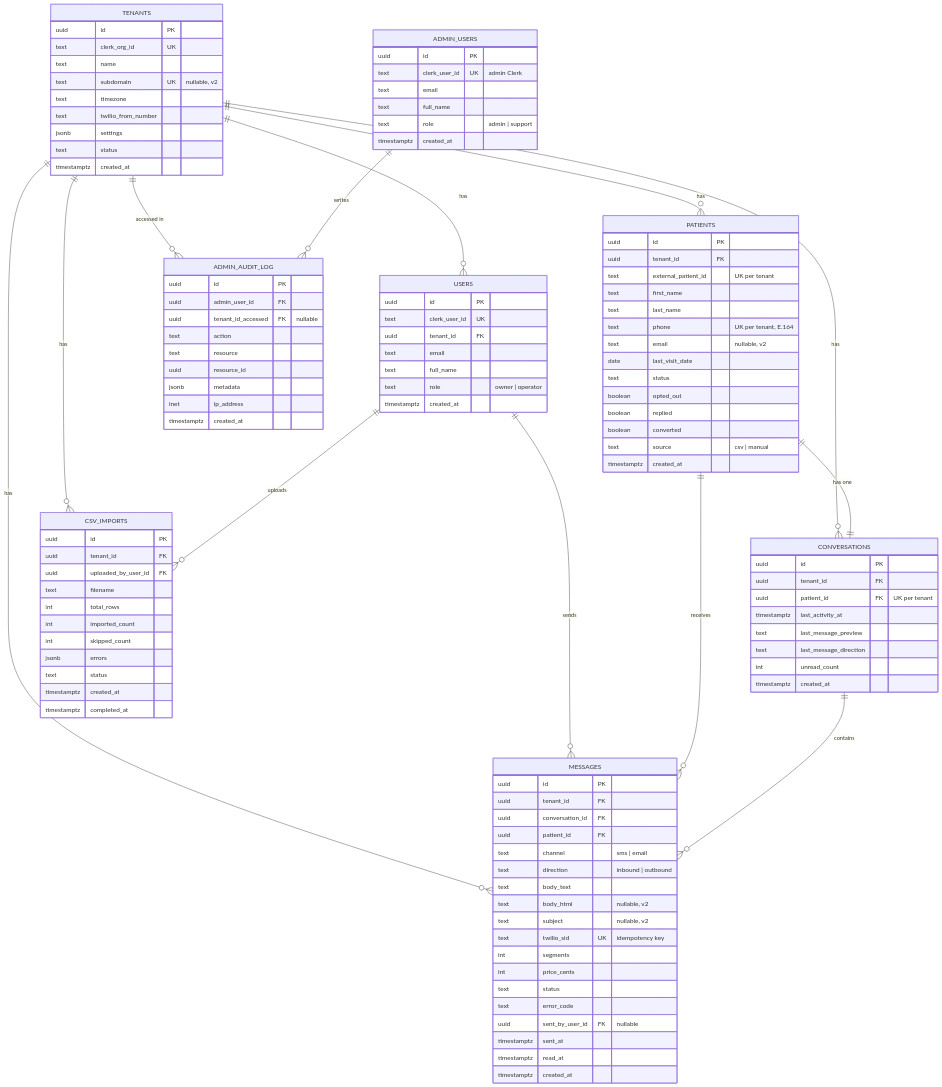
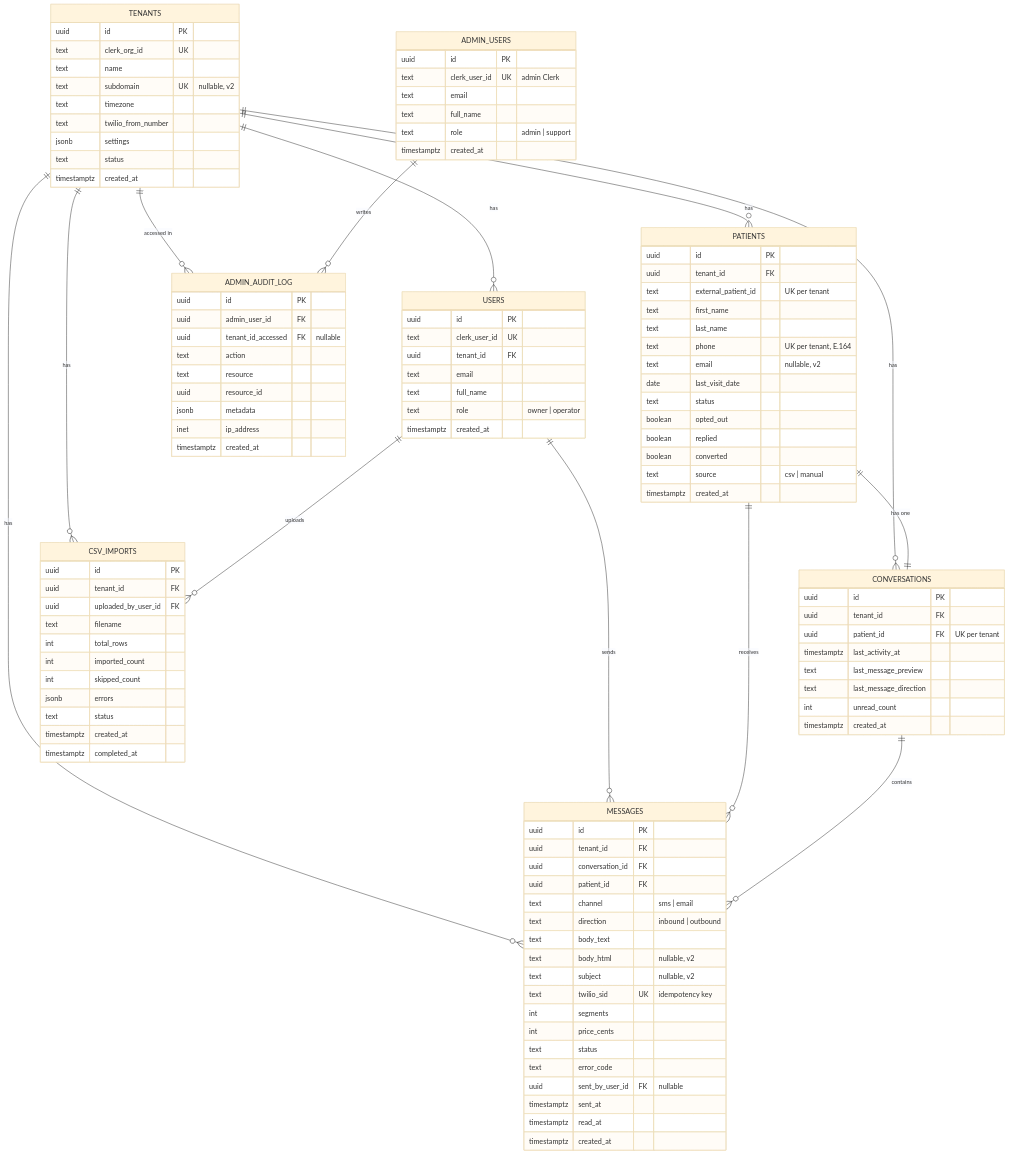
Before and after one commit to navrajesh/AURA: the diagram in docs/AURA_Database_ERD.md, drawn with Mermaid. The commit also changed other lines of this file, not shown here.

Commit message:
DB ERD diagram font size increased

````diff
--- a/docs/AURA_Database_ERD.md
+++ b/docs/AURA_Database_ERD.md
@@ -7,4 +9,5 @@
 ```mermaid
+%%{init: {'theme':'base', 'themeVariables': {'fontSize':'18px'}}}%%
 erDiagram
   TENANTS ||--o{ USERS : "has"
   TENANTS ||--o{ PATIENTS : "has"
````
